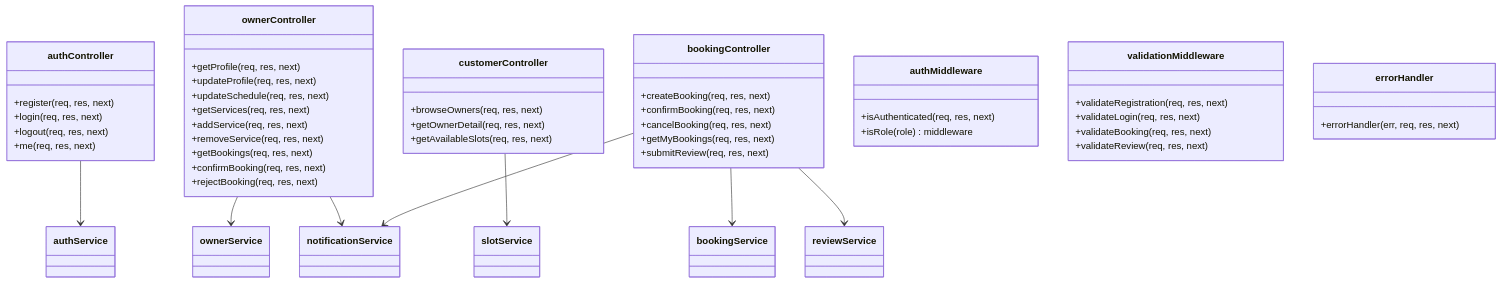
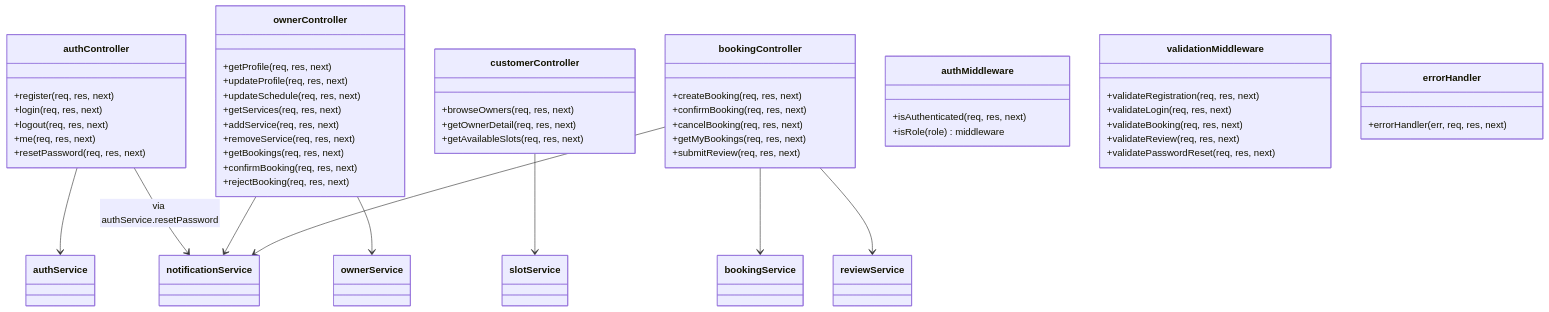
One commit to sp075/salon-booking-system changed diagram 11 of 21 in docs/PROJECT-REPORT.md. Above: the diagram before and after it, drawn with Mermaid. The commit also changed other lines of this file and 10 other files, not shown here.

First line of the commit message:
feat: add password reset functionality (#4)

````diff
--- a/docs/PROJECT-REPORT.md
+++ b/docs/PROJECT-REPORT.md
@@ -765,53 +770,56 @@
 ```mermaid
 classDiagram
     class authController {
         +register(req, res, next)
         +login(req, res, next)
         +logout(req, res, next)
         +me(req, res, next)
+        +resetPassword(req, res, next)
     }
     class ownerController {
         +getProfile(req, res, next)
         +updateProfile(req, res, next)
         +updateSchedule(req, res, next)
         +getServices(req, res, next)
         +addService(req, res, next)
         +removeService(req, res, next)
         +getBookings(req, res, next)
         +confirmBooking(req, res, next)
         +rejectBooking(req, res, next)
     }
     class customerController {
         +browseOwners(req, res, next)
         +getOwnerDetail(req, res, next)
         +getAvailableSlots(req, res, next)
     }
     class bookingController {
         +createBooking(req, res, next)
         +confirmBooking(req, res, next)
         +cancelBooking(req, res, next)
         +getMyBookings(req, res, next)
         +submitReview(req, res, next)
     }
     class authMiddleware {
         +isAuthenticated(req, res, next)
         +isRole(role) middleware
     }
     class validationMiddleware {
         +validateRegistration(req, res, next)
         +validateLogin(req, res, next)
         +validateBooking(req, res, next)
         +validateReview(req, res, next)
+        +validatePasswordReset(req, res, next)
     }
     class errorHandler {
         +errorHandler(err, req, res, next)
     }
 
     authController    --> authService
+    authController    --> notificationService : via authService.resetPassword
     ownerController   --> ownerService
     ownerController   --> notificationService
     customerController --> slotService
     bookingController --> bookingService
     bookingController --> reviewService
     bookingController --> notificationService
 ```
````
